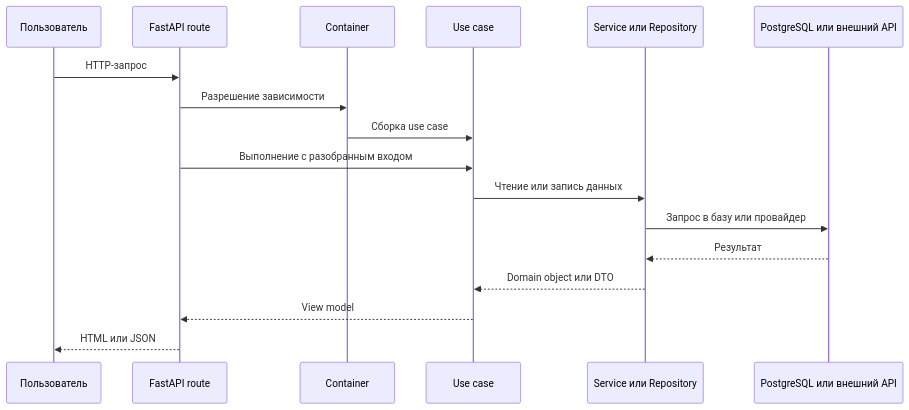
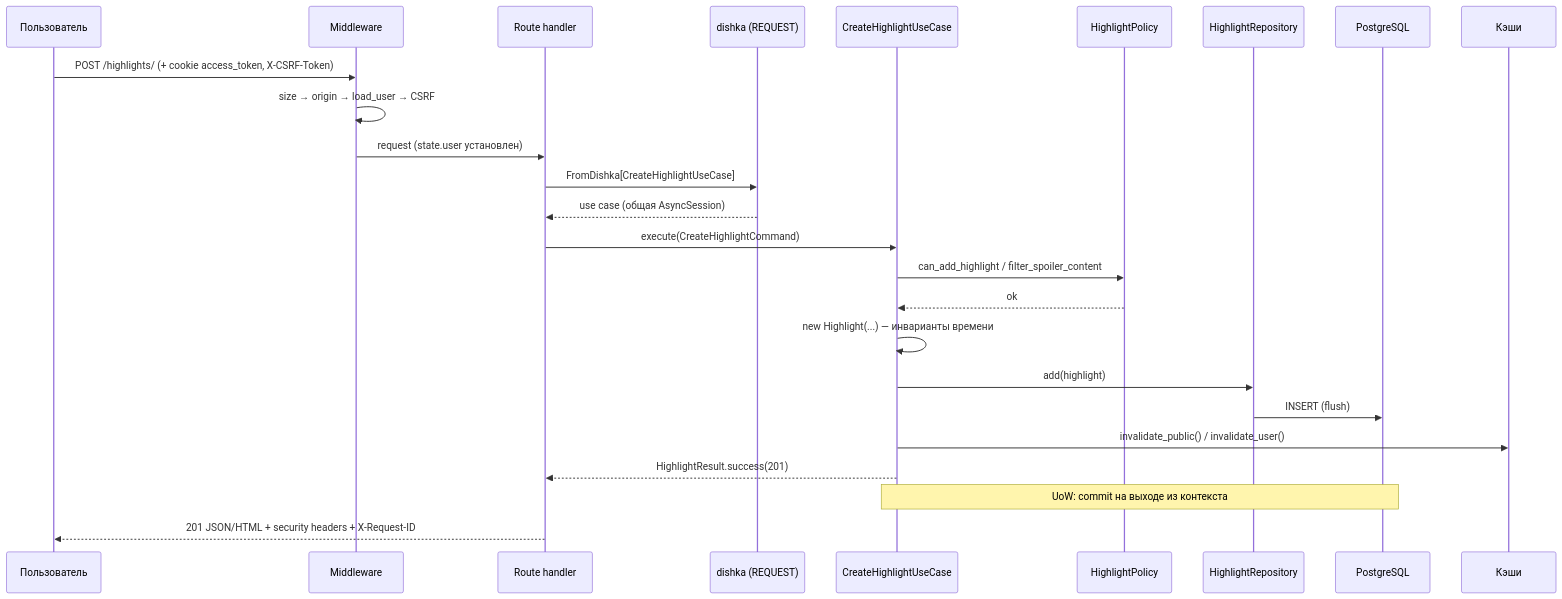
Before and after one commit to serega20112/Anime-Epic-Moments: the second of 2 diagrams in docs/architecture/overview.md, drawn with Mermaid. The commit also changed other lines of this file and 6 other files, not shown here.

````diff
--- a/docs/architecture/overview.md
+++ b/docs/architecture/overview.md
@@ -44,20 +93,28 @@
 ```mermaid
 sequenceDiagram
     participant U as Пользователь
-    participant R as FastAPI route
-    participant C as Container
-    participant UC as Use case
-    participant S as Service или Repository
-    participant DB as PostgreSQL или внешний API
+    participant MW as Middleware
+    participant R as Route handler
+    participant DI as dishka (REQUEST)
+    participant UC as CreateHighlightUseCase
+    participant Pol as HighlightPolicy
+    participant Repo as HighlightRepository
+    participant DB as PostgreSQL
+    participant C as Кэши
 
-    U->>R: HTTP-запрос
-    R->>C: Разрешение зависимости
-    C->>UC: Сборка use case
-    R->>UC: Выполнение с разобранным входом
-    UC->>S: Чтение или запись данных
-    S->>DB: Запрос в базу или провайдер
-    DB-->>S: Результат
-    S-->>UC: Domain object или DTO
-    UC-->>R: View model
-    R-->>U: HTML или JSON
+    U->>MW: POST /highlights/ (+ cookie access_token, X-CSRF-Token)
+    MW->>MW: size → origin → load_user → CSRF
+    MW->>R: request (state.user установлен)
+    R->>DI: FromDishka[CreateHighlightUseCase]
+    DI-->>R: use case (общая AsyncSession)
+    R->>UC: execute(CreateHighlightCommand)
+    UC->>Pol: can_add_highlight / filter_spoiler_content
+    Pol-->>UC: ok
+    UC->>UC: new Highlight(...) — инварианты времени
+    UC->>Repo: add(highlight)
+    Repo->>DB: INSERT (flush)
+    UC->>C: invalidate_public() / invalidate_user()
+    UC-->>R: HighlightResult.success(201)
+    Note over UC,DB: UoW: commit на выходе из контекста
+    R-->>U: 201 JSON/HTML + security headers + X-Request-ID
 ```
````
